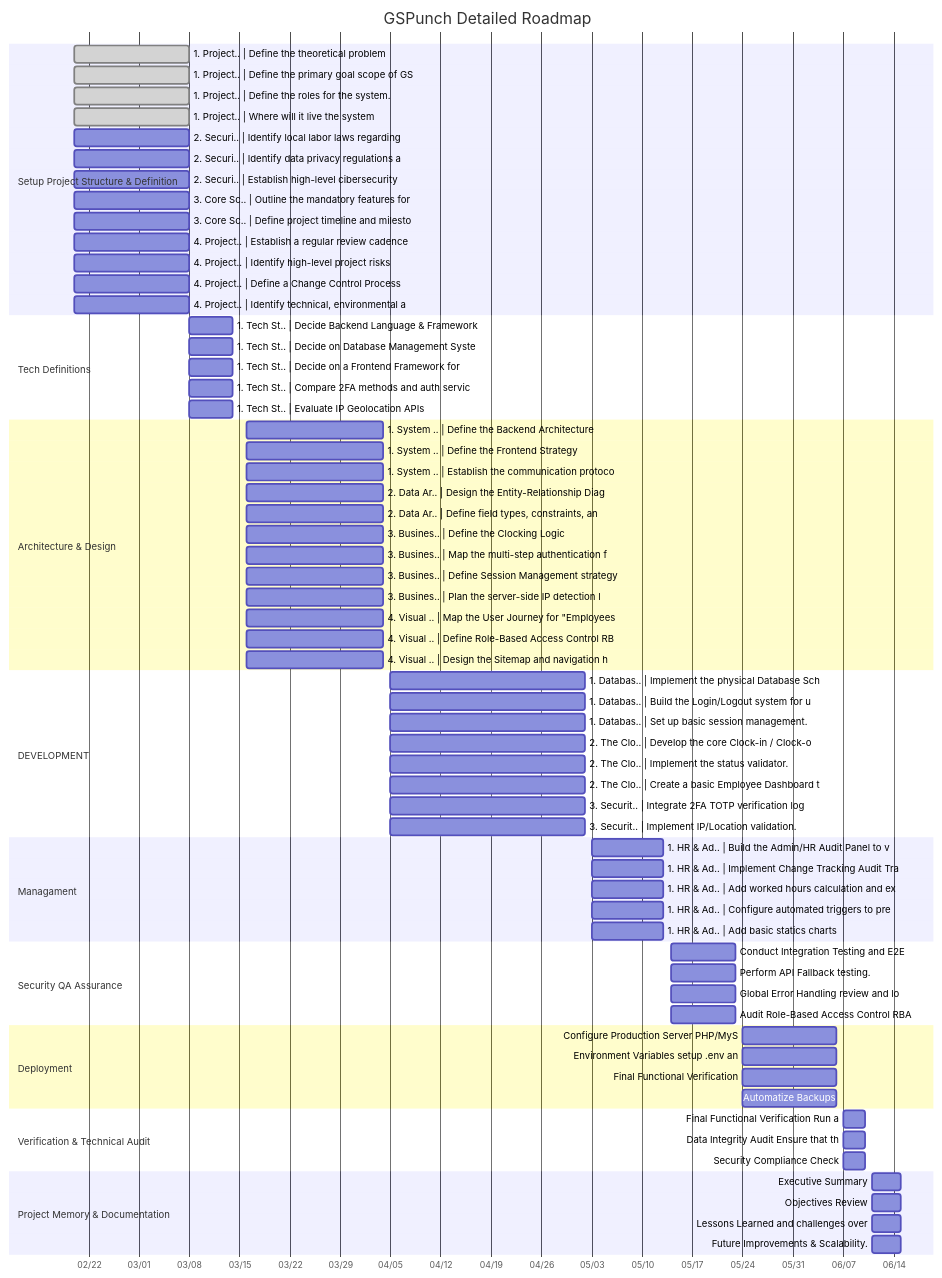
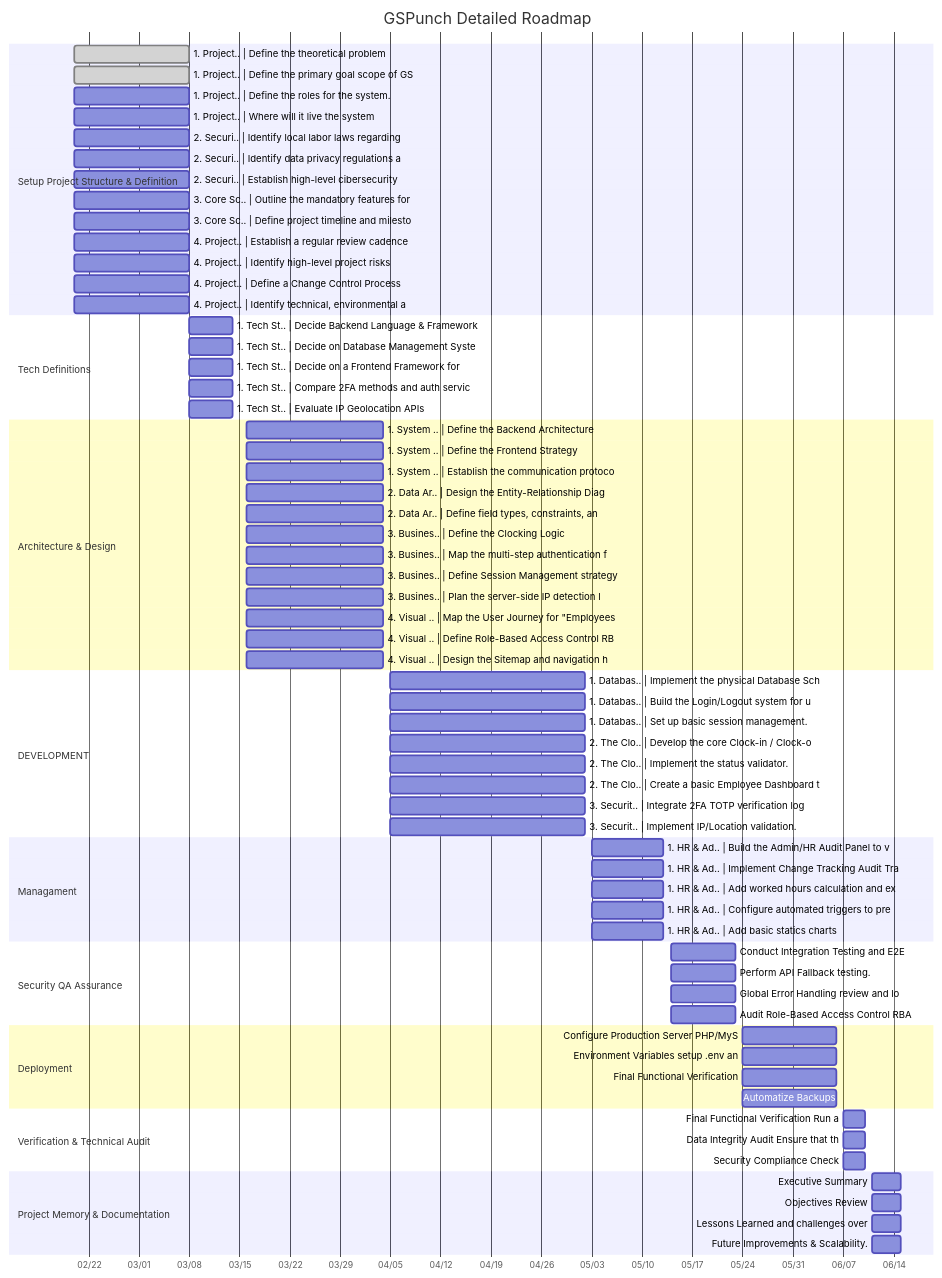
The diagram in README.md (jejomoca/GSPunch), drawn with Mermaid before and after one commit.

Commit message:
roadmap update: 23:03

````diff
--- a/README.md
+++ b/README.md
@@ -3,73 +3,73 @@
 ```mermaid
 gantt
     title GSPunch Detailed Roadmap
     dateFormat YYYY-MM-DD
     axisFormat %m/%d
     section Setup Project Structure & Definition
     1. Project.. | Define the theoretical problem : done, 2026-02-20, 2026-03-08
     1. Project.. | Define the primary goal scope of GS : done, 2026-02-20, 2026-03-08
-    1. Project.. | Define the roles for the system. : done, 2026-02-20, 2026-03-08
-    1. Project.. | Where will it live the system : done, 2026-02-20, 2026-03-08
+    1. Project.. | Define the roles for the system. : 2026-02-20, 2026-03-08
+    1. Project.. | Where will it live the system : 2026-02-20, 2026-03-08
     2.  Securi.. | Identify local labor laws regarding : 2026-02-20, 2026-03-08
     2.  Securi.. | Identify data privacy regulations a : 2026-02-20, 2026-03-08
     2.  Securi.. | Establish high-level cibersecurity : 2026-02-20, 2026-03-08
     3. Core Sc.. | Outline the mandatory features for : 2026-02-20, 2026-03-08
     3. Core Sc.. | Define project timeline and milesto : 2026-02-20, 2026-03-08
     4. Project.. | Establish a regular review cadence : 2026-02-20, 2026-03-08
     4. Project.. | Identify high-level project risks : 2026-02-20, 2026-03-08
     4. Project.. | Define a Change Control Process : 2026-02-20, 2026-03-08
     4. Project.. | Identify technical, environmental a : 2026-02-20, 2026-03-08
     section Tech Definitions
     1. Tech St.. | Decide Backend Language & Framework : 2026-03-08, 2026-03-14
     1. Tech St.. | Decide on Database Management Syste : 2026-03-08, 2026-03-14
     1. Tech St.. | Decide on a Frontend Framework for : 2026-03-08, 2026-03-14
     1. Tech St.. | Compare 2FA methods and auth servic : 2026-03-08, 2026-03-14
     1. Tech St.. | Evaluate IP Geolocation APIs : 2026-03-08, 2026-03-14
     section Architecture & Design
     1. System .. | Define the Backend Architecture : 2026-03-16, 2026-04-04
     1. System .. | Define the Frontend Strategy : 2026-03-16, 2026-04-04
     1. System .. | Establish the communication protoco : 2026-03-16, 2026-04-04
     2. Data Ar.. | Design the Entity-Relationship Diag : 2026-03-16, 2026-04-04
     2. Data Ar.. | Define field types, constraints, an : 2026-03-16, 2026-04-04
     3. Busines.. | Define the Clocking Logic : 2026-03-16, 2026-04-04
     3. Busines.. | Map the multi-step authentication f : 2026-03-16, 2026-04-04
     3. Busines.. | Define Session Management strategy : 2026-03-16, 2026-04-04
     3. Busines.. | Plan the server-side IP detection l : 2026-03-16, 2026-04-04
     4. Visual .. | Map the User Journey for "Employees : 2026-03-16, 2026-04-04
     4. Visual .. | Define Role-Based Access Control RB : 2026-03-16, 2026-04-04
     4. Visual .. | Design the Sitemap and navigation h : 2026-03-16, 2026-04-04
     section DEVELOPMENT
     1. Databas.. | Implement the physical Database Sch : 2026-04-05, 2026-05-02
     1. Databas.. | Build the Login/Logout system for u : 2026-04-05, 2026-05-02
     1. Databas.. | Set up basic session management. : 2026-04-05, 2026-05-02
     2. The Clo.. | Develop the core Clock-in / Clock-o : 2026-04-05, 2026-05-02
     2. The Clo.. | Implement the status validator. : 2026-04-05, 2026-05-02
     2. The Clo.. | Create a basic Employee Dashboard t : 2026-04-05, 2026-05-02
     3. Securit.. | Integrate 2FA TOTP verification log : 2026-04-05, 2026-05-02
     3. Securit.. | Implement IP/Location validation. : 2026-04-05, 2026-05-02
     section Managament
     1. HR & Ad.. | Build the Admin/HR Audit Panel to v : 2026-05-03, 2026-05-13
     1. HR & Ad.. | Implement Change Tracking Audit Tra : 2026-05-03, 2026-05-13
     1. HR & Ad.. | Add worked hours calculation and ex : 2026-05-03, 2026-05-13
     1. HR & Ad.. | Configure automated triggers to pre : 2026-05-03, 2026-05-13
     1. HR & Ad.. | Add basic statics charts : 2026-05-03, 2026-05-13
     section Security QA Assurance
     Conduct Integration Testing and E2E : 2026-05-14, 2026-05-23
     Perform API Fallback testing. : 2026-05-14, 2026-05-23
     Global Error Handling review and lo : 2026-05-14, 2026-05-23
     Audit Role-Based Access Control RBA : 2026-05-14, 2026-05-23
     section Deployment
     Configure Production Server PHP/MyS : 2026-05-24, 2026-06-06
     Environment Variables setup .env an : 2026-05-24, 2026-06-06
     Final Functional Verification : 2026-05-24, 2026-06-06
     Automatize Backups : 2026-05-24, 2026-06-06
     section Verification & Technical Audit
     Final Functional Verification Run a : 2026-06-07, 2026-06-10
     Data Integrity Audit Ensure that th : 2026-06-07, 2026-06-10
     Security Compliance Check : 2026-06-07, 2026-06-10
     section Project Memory & Documentation
     Executive Summary : 2026-06-11, 2026-06-15
     Objectives Review : 2026-06-11, 2026-06-15
     Lessons Learned and challenges over : 2026-06-11, 2026-06-15
     Future Improvements & Scalability. : 2026-06-11, 2026-06-15
 ```
````
